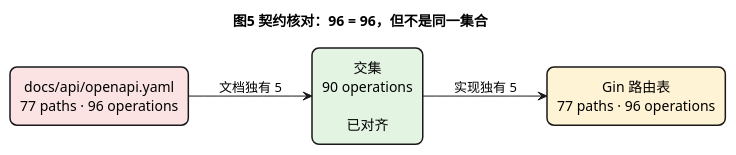
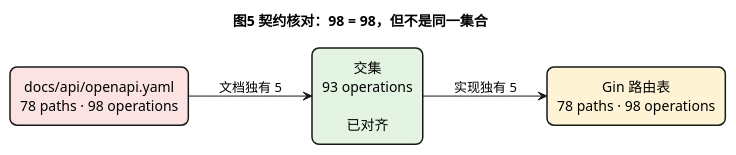
The fifth of 5 diagrams in docs/api/backend-api-inventory.md (nickdevelop/dev_platform), drawn with PlantUML before and after one commit. The commit also changed other lines of this file and 37 other files, not shown here.

````diff
--- a/docs/api/backend-api-inventory.md
+++ b/docs/api/backend-api-inventory.md
@@ -373,19 +375,19 @@
 ```plantuml
 @startuml
-title 图5 契约核对：96 = 96，但不是同一集合
+title 图5 契约核对：98 = 98，但不是同一集合
 
 skinparam defaultTextAlignment center
 skinparam rectangle {
   RoundCorner 14
   BorderThickness 1.5
 }
 left to right direction
 
-rectangle "docs/api/openapi.yaml\n77 paths · 96 operations" as DOC #FBE3E3
-rectangle "交集\n90 operations\n\n已对齐" as BOTH #E3F4E3
-rectangle "Gin 路由表\n77 paths · 96 operations" as CODE #FFF3D6
+rectangle "docs/api/openapi.yaml\n78 paths · 98 operations" as DOC #FBE3E3
+rectangle "交集\n93 operations\n\n已对齐" as BOTH #E3F4E3
+rectangle "Gin 路由表\n78 paths · 98 operations" as CODE #FFF3D6
 
 DOC --> BOTH : 文档独有 5
 BOTH --> CODE : 实现独有 5
 @enduml
 ```
````
